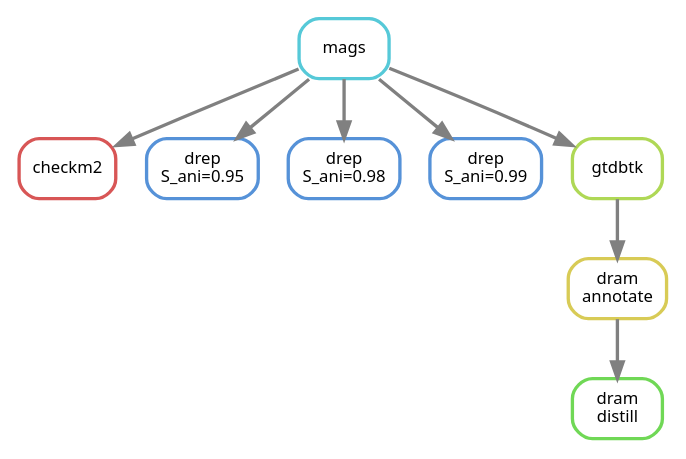
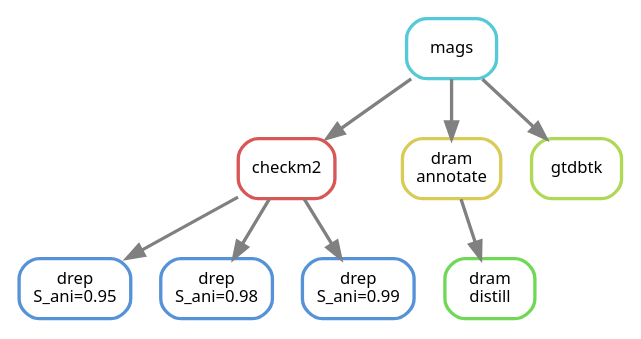
One commit to 3d-omics/mg_annotate changed the diagram in rulegraph.dot. Above: the diagram before and after it, drawn with Graphviz. The commit also changed 1 other file, not shown here.

```diff
--- a/rulegraph.dot
+++ b/rulegraph.dot
@@ -1,22 +1,21 @@
 digraph snakemake_dag {
     graph[bgcolor=white, margin=0];
     node[shape=box, style=rounded, fontname=sans,                 fontsize=10, penwidth=2];
     edge[penwidth=2, color=grey];
 	mags [label = "mags", color = "0.52 0.6 0.85", style="rounded"];
 	checkm2 [label = "checkm2", color = "0.00 0.6 0.85", style="rounded"];
 	drep1 [label = "drep\nS_ani=0.95", color = "0.59 0.6 0.85", style="rounded"];
 	drep2 [label = "drep\nS_ani=0.98", color = "0.59 0.6 0.85", style="rounded"];
 	drep3 [label = "drep\nS_ani=0.99", color = "0.59 0.6 0.85", style="rounded"];
 	annotate [label = "dram\nannotate", color = "0.15 0.6 0.85", style="rounded"];
 	distill [label = "dram\ndistill", color = "0.30 0.6 0.85", style="rounded"];
 	gtdbtk [label = "gtdbtk", color = "0.22 0.6 0.85", style="rounded"];
 
 	mags -> checkm2
-	mags -> drep1
-	mags -> drep2
-	mags -> drep3
+	checkm2 -> drep1
+	checkm2 -> drep2
+	checkm2 -> drep3
 	mags -> gtdbtk
-	gtdbtk -> annotate
-	annotate -> distill
+	mags -> annotate -> distill
 
 }
```
